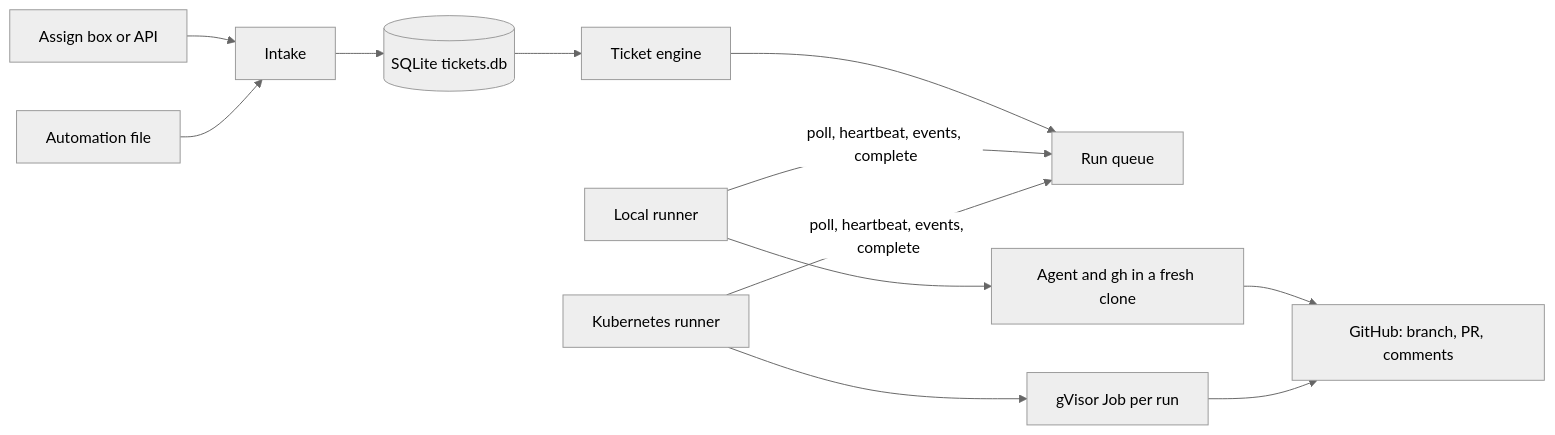
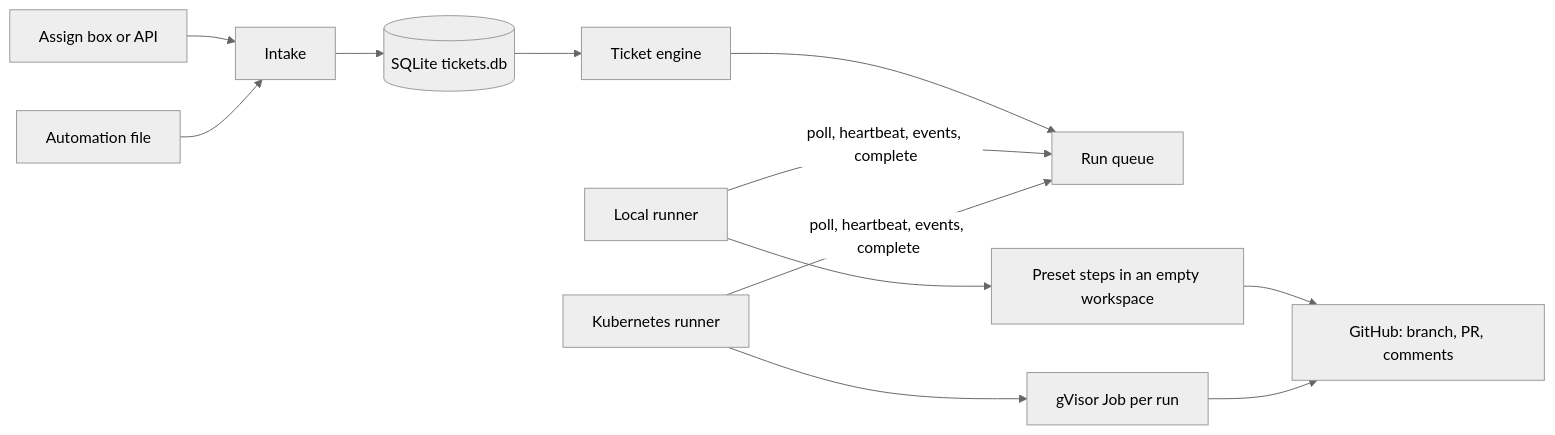
The diagram in ARCHITECTURE.md (owainlewis/machinist), drawn with Mermaid (neutral theme) before and after one commit. The commit also changed other lines of this file and 88 other files, not shown here.

````diff
--- a/ARCHITECTURE.md
+++ b/ARCHITECTURE.md
@@ -8,14 +8,14 @@
 ```mermaid
 flowchart LR
     Assign[Assign box or API] --> Intake
     Schedule[Automation file] --> Intake
     Intake --> Store[(SQLite tickets.db)]
     Store --> Engine[Ticket engine]
     Engine --> Queue[Run queue]
     Local[Local runner] -->|poll, heartbeat, events, complete| Queue
     Kube[Kubernetes runner] -->|poll, heartbeat, events, complete| Queue
-    Local --> Agent[Agent and gh in a fresh clone]
+    Local --> Steps[Preset steps in an empty workspace]
     Kube --> Job[gVisor Job per run]
-    Agent --> GitHub[GitHub: branch, PR, comments]
+    Steps --> GitHub[GitHub: branch, PR, comments]
     Job --> GitHub
 ```
````
